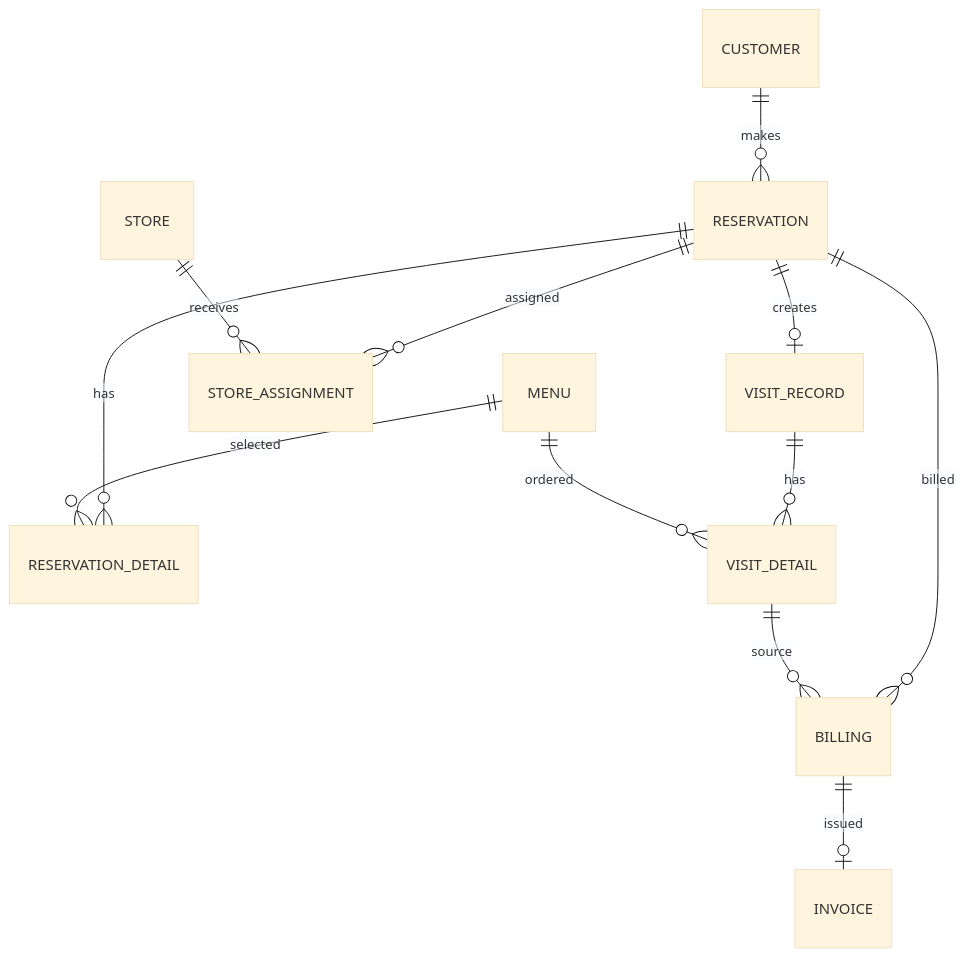
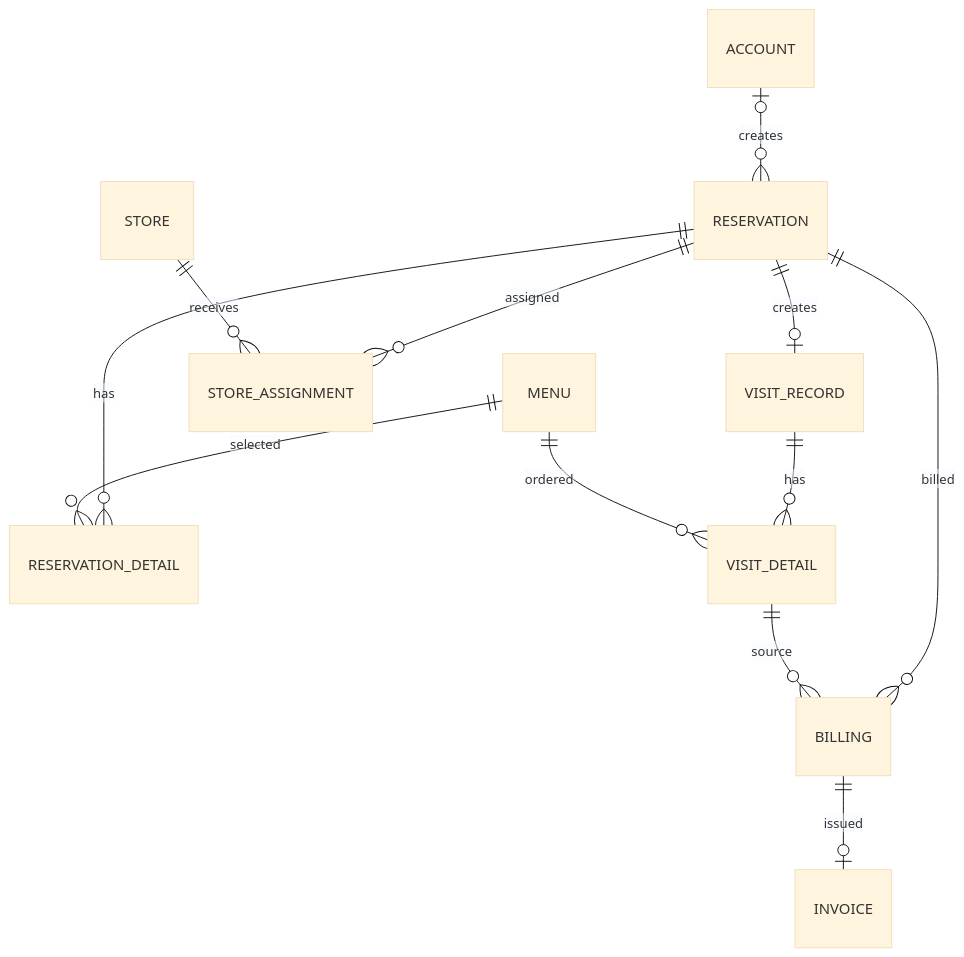
The diagram in docs/04-database-design.md (MichitaroNoge/reservation-system), drawn with Mermaid (base theme) before and after one commit. The commit also changed other lines of this file, not shown here.

Commit message:
document account and reservation snapshot policy

````diff
--- a/docs/04-database-design.md
+++ b/docs/04-database-design.md
@@ -100,14 +100,14 @@
 ```mermaid
 erDiagram
-  CUSTOMER ||--o{ RESERVATION : makes
+  ACCOUNT o|--o{ RESERVATION : creates
   RESERVATION ||--o{ RESERVATION_DETAIL : has
   MENU ||--o{ RESERVATION_DETAIL : selected
   RESERVATION ||--o{ STORE_ASSIGNMENT : assigned
   STORE ||--o{ STORE_ASSIGNMENT : receives
   RESERVATION ||--o| VISIT_RECORD : creates
   VISIT_RECORD ||--o{ VISIT_DETAIL : has
   MENU ||--o{ VISIT_DETAIL : ordered
   RESERVATION ||--o{ BILLING : billed
   VISIT_DETAIL ||--o{ BILLING : source
   BILLING ||--o| INVOICE : issued
 ```
````
